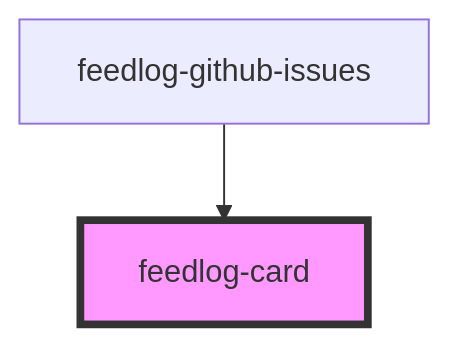
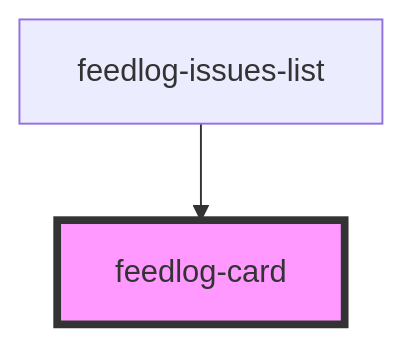
Before and after one commit to FeedlogAI/feedlog-toolkit: the diagram in packages/webcomponents/src/components/feedlog-card/readme.md, drawn with Mermaid. The commit also changed other lines of this file and 41 other files, not shown here.

Commit message:
Refactor Feedlog components: Introduce FeedlogGithubIssuesBase and FeedlogIssuesList for improved structure; update theme support and remove redundant styles. Adjust package.json for Storybook port and dependencies.

````diff
--- a/packages/webcomponents/src/components/feedlog-card/readme.md
+++ b/packages/webcomponents/src/components/feedlog-card/readme.md
@@ -21,5 +21,5 @@
 ```mermaid
 graph TD;
-  feedlog-github-issues --> feedlog-card
+  feedlog-issues-list --> feedlog-card
   style feedlog-card fill:#f9f,stroke:#333,stroke-width:4px
 ```
````
